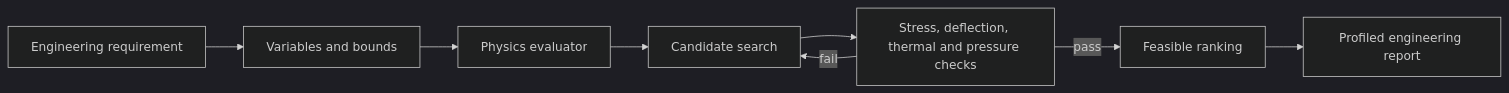
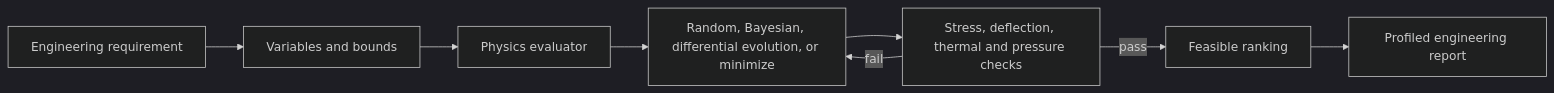
Before and after one commit to awais-akhtar/OpenAgent: the diagram in docs/science/ENGINEERING_OPTIMISATION.md, drawn with Mermaid (dark theme). The commit also changed other lines of this file and 93 other files, not shown here.

````diff
--- a/docs/science/ENGINEERING_OPTIMISATION.md
+++ b/docs/science/ENGINEERING_OPTIMISATION.md
@@ -8,10 +8,10 @@
 ```mermaid
 flowchart LR
   Requirement[Engineering requirement] --> Variables[Variables and bounds]
   Variables --> Physics[Physics evaluator]
-  Physics --> Search[Candidate search]
+  Physics --> Search[Random, Bayesian, differential evolution, or minimize]
   Search --> Constraints[Stress, deflection, thermal and pressure checks]
   Constraints -->|pass| Ranking[Feasible ranking]
   Constraints -->|fail| Search
   Ranking --> Report[Profiled engineering report]
 ```
````
